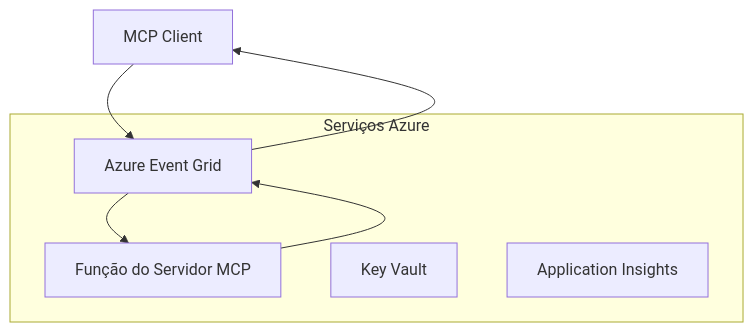
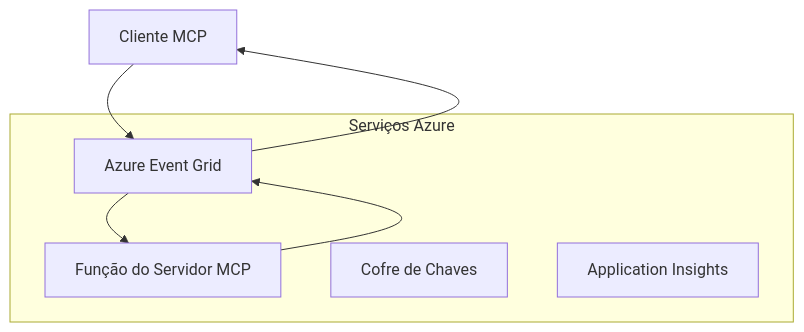
The first of 2 diagrams in mcp_ecosystem__model_context_protocol/mcp_learning_resources/mcp-for-beginners/translations/pt-BR/05-AdvancedTopics/mcp-transport/README.md (HIDORAKAI002/ai-workspace-archive), drawn with Mermaid before and after one commit. The commit also changed other lines of this file and 1046 other files, not shown here.

````diff
--- a/mcp_ecosystem__model_context_protocol/mcp_learning_resources/mcp-for-beginners/translations/pt-BR/05-AdvancedTopics/mcp-transport/README.md
+++ b/mcp_ecosystem__model_context_protocol/mcp_learning_resources/mcp-for-beginners/translations/pt-BR/05-AdvancedTopics/mcp-transport/README.md
@@ -58,14 +60,14 @@
 ```mermaid
 graph TB
-    Client[MCP Client] --> EG[Azure Event Grid]
+    Client[Cliente MCP] --> EG[Azure Event Grid]
     EG --> Server[Função do Servidor MCP]
     Server --> EG
     EG --> Client
     
     subgraph "Serviços Azure"
         EG
         Server
-        KV[Key Vault]
+        KV[Cofre de Chaves]
         Monitor[Application Insights]
     end
 ```
````
